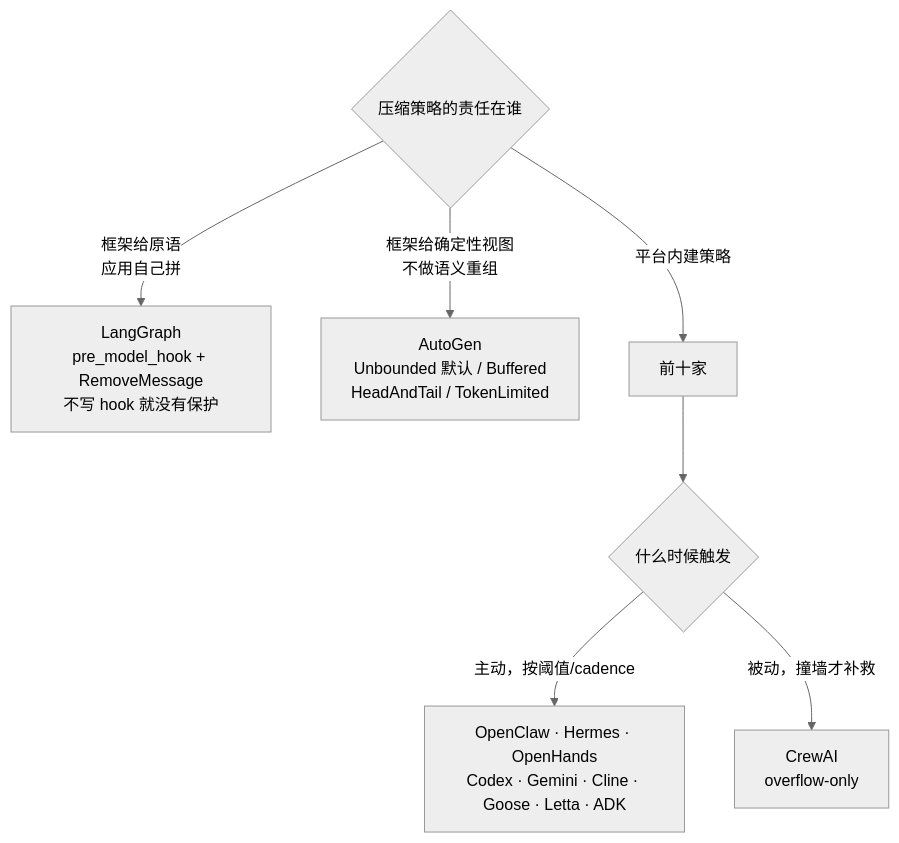
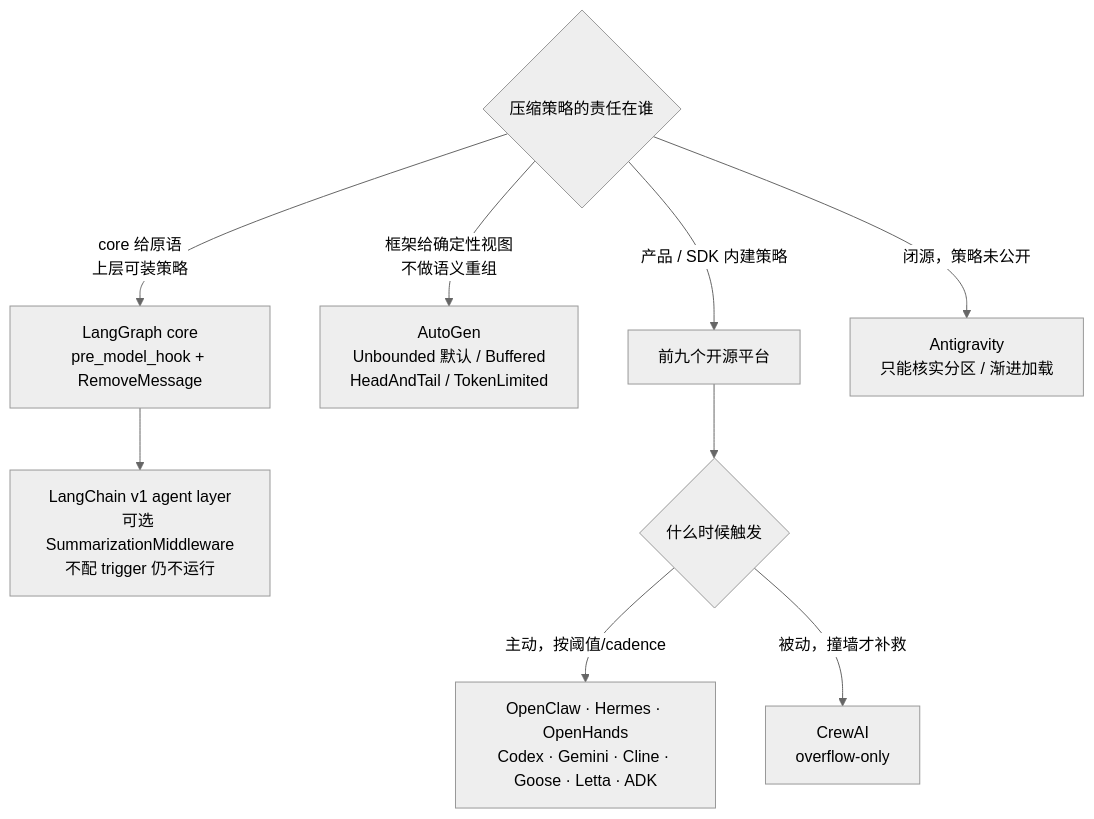
One commit to caiboyang/ML-learning changed diagram 16 of 18 in agent-context-compression/Agent_Context_Compression_Research.md. Above: the diagram before and after it, drawn with Mermaid (neutral theme). The commit also changed other lines of this file, not shown here.

Commit message:
Fix agent compression report accuracy

````diff
--- a/agent-context-compression/Agent_Context_Compression_Research.md
+++ b/agent-context-compression/Agent_Context_Compression_Research.md
@@ -2314,10 +2352,12 @@
 ```mermaid
 flowchart TD
     Q{"压缩策略的责任在谁"}
-    Q -->|"框架给原语<br/>应用自己拼"| A["LangGraph<br/>pre_model_hook + RemoveMessage<br/>不写 hook 就没有保护"]
+    Q -->|"core 给原语<br/>上层可装策略"| A["LangGraph core<br/>pre_model_hook + RemoveMessage"]
+    A --> A1["LangChain v1 agent layer<br/>可选 SummarizationMiddleware<br/>不配 trigger 仍不运行"]
     Q -->|"框架给确定性视图<br/>不做语义重组"| B["AutoGen<br/>Unbounded 默认 / Buffered<br/>HeadAndTail / TokenLimited"]
-    Q -->|"平台内建策略"| C["前十家"]
+    Q -->|"产品 / SDK 内建策略"| C["前九个开源平台"]
+    Q -->|"闭源，策略未公开"| E["Antigravity<br/>只能核实分区 / 渐进加载"]
     C --> C1{"什么时候触发"}
     C1 -->|"主动，按阈值/cadence"| C2["OpenClaw · Hermes · OpenHands<br/>Codex · Gemini · Cline · Goose · Letta · ADK"]
     C1 -->|"被动，撞墙才补救"| D["CrewAI<br/>overflow-only"]
 ```
````
